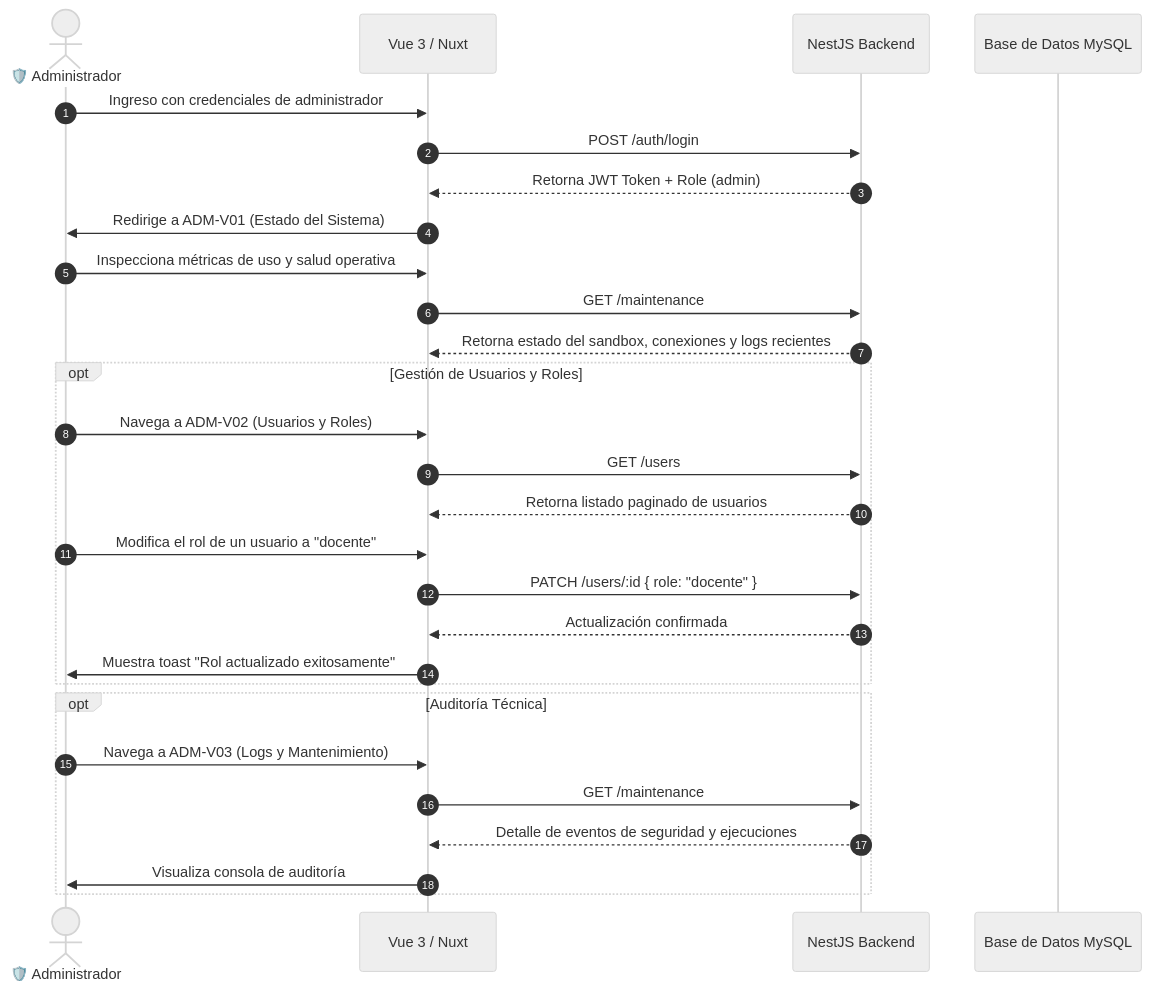
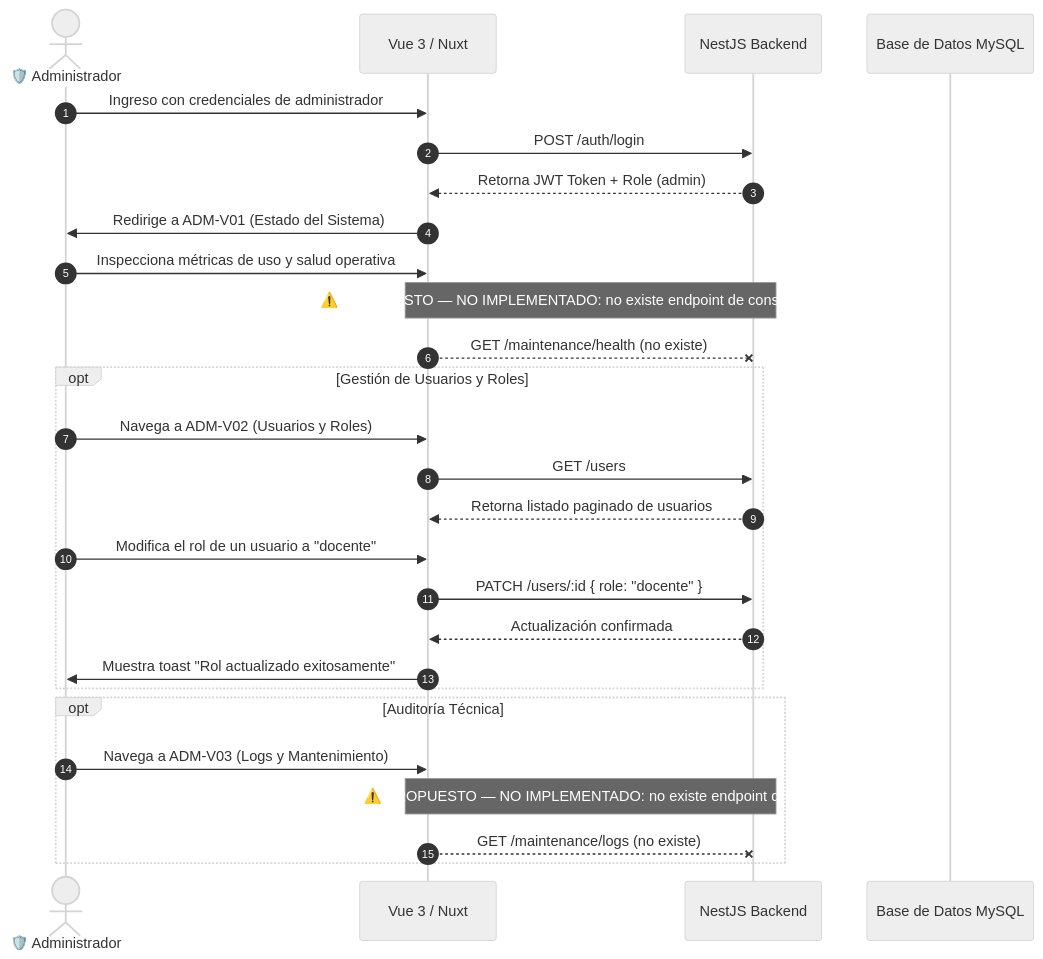
One commit to Jeider-Gomez/Stire-Soft changed the diagram in docs/modesec/usuarios/administrador/README.md. Above: the diagram before and after it, drawn with Mermaid (neutral theme). The commit also changed other lines of this file and 10 other files, not shown here.

````diff
--- a/docs/modesec/usuarios/administrador/README.md
+++ b/docs/modesec/usuarios/administrador/README.md
@@ -28,34 +32,33 @@
 ```mermaid
 sequenceDiagram
     autonumber
     actor A as 🛡️ Administrador
     participant UI as Vue 3 / Nuxt
     participant API as NestJS Backend
     participant DB as Base de Datos MySQL
 
     A->>UI: Ingreso con credenciales de administrador
     UI->>API: POST /auth/login
     API-->>UI: Retorna JWT Token + Role (admin)
     UI->>A: Redirige a ADM-V01 (Estado del Sistema)
 
     A->>UI: Inspecciona métricas de uso y salud operativa
-    UI->>API: GET /maintenance
-    API-->>UI: Retorna estado del sandbox, conexiones y logs recientes
+    Note over UI,API: ⚠️ PROPUESTO — NO IMPLEMENTADO: no existe endpoint de consulta de salud
+    UI--xAPI: GET /maintenance/health (no existe)
 
     opt Gestión de Usuarios y Roles
         A->>UI: Navega a ADM-V02 (Usuarios y Roles)
         UI->>API: GET /users
         API-->>UI: Retorna listado paginado de usuarios
         A->>UI: Modifica el rol de un usuario a "docente"
         UI->>API: PATCH /users/:id { role: "docente" }
         API-->>UI: Actualización confirmada
         UI->>A: Muestra toast "Rol actualizado exitosamente"
     end
 
     opt Auditoría Técnica
         A->>UI: Navega a ADM-V03 (Logs y Mantenimiento)
-        UI->>API: GET /maintenance
-        API-->>UI: Detalle de eventos de seguridad y ejecuciones
-        UI->>A: Visualiza consola de auditoría
+        Note over UI,API: ⚠️ PROPUESTO — NO IMPLEMENTADO: no existe endpoint de logs
+        UI--xAPI: GET /maintenance/logs (no existe)
     end
 ```
````
